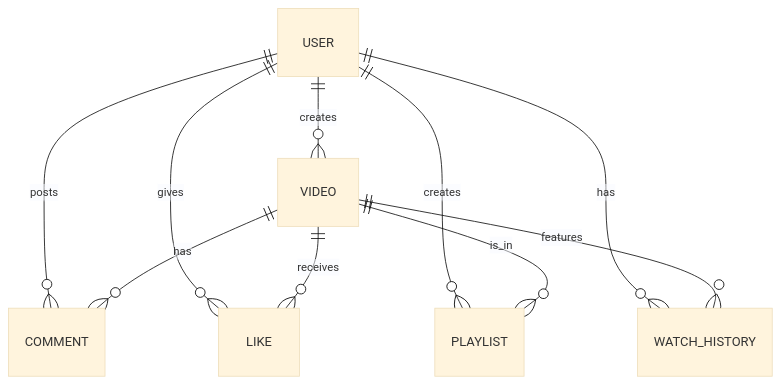
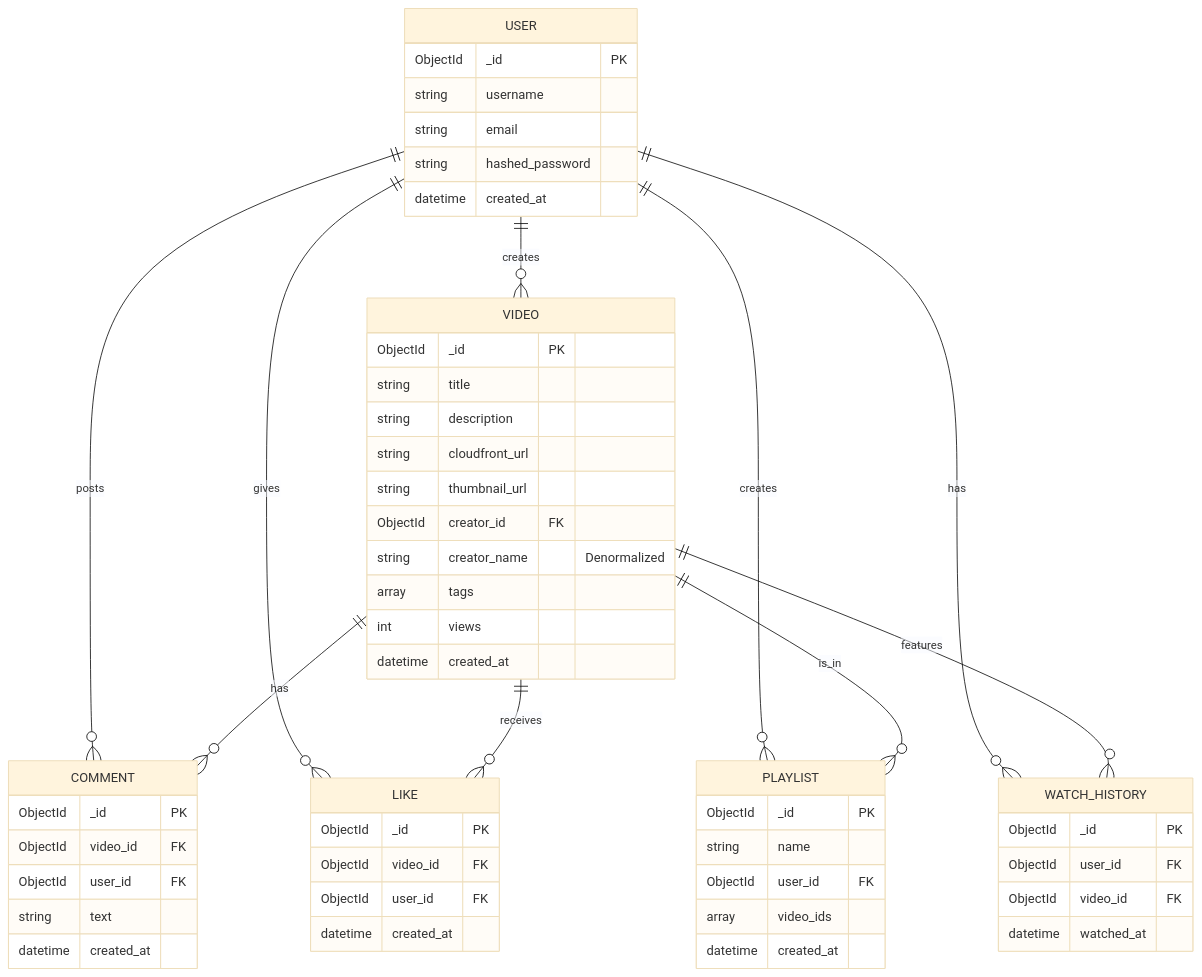
One commit to sujalwarke28/systemDesign_VideoStreaming changed the diagram in architecture/database_er.md. Above: the diagram before and after it, drawn with Mermaid (base theme). The commit also changed 14 other files, not shown here.

````diff
--- a/architecture/database_er.md
+++ b/architecture/database_er.md
@@ -1,12 +1,63 @@
 ```mermaid
 erDiagram
-    USER ||--o{ VIDEO : creates
-    USER ||--o{ COMMENT : posts
-    USER ||--o{ LIKE : gives
-    USER ||--o{ PLAYLIST : creates
-    USER ||--o{ WATCH_HISTORY : has
-    VIDEO ||--o{ COMMENT : has
-    VIDEO ||--o{ LIKE : receives
-    VIDEO ||--o{ PLAYLIST : is_in
-    VIDEO ||--o{ WATCH_HISTORY : features
+    USER {
+        ObjectId _id PK
+        string username
+        string email
+        string hashed_password
+        datetime created_at
+    }
+    
+    VIDEO {
+        ObjectId _id PK
+        string title
+        string description
+        string cloudfront_url
+        string thumbnail_url
+        ObjectId creator_id FK
+        string creator_name "Denormalized"
+        array tags
+        int views
+        datetime created_at
+    }
+    
+    COMMENT {
+        ObjectId _id PK
+        ObjectId video_id FK
+        ObjectId user_id FK
+        string text
+        datetime created_at
+    }
+    
+    LIKE {
+        ObjectId _id PK
+        ObjectId video_id FK
+        ObjectId user_id FK
+        datetime created_at
+    }
+    
+    PLAYLIST {
+        ObjectId _id PK
+        string name
+        ObjectId user_id FK
+        array video_ids
+        datetime created_at
+    }
+    
+    WATCH_HISTORY {
+        ObjectId _id PK
+        ObjectId user_id FK
+        ObjectId video_id FK
+        datetime watched_at
+    }
+
+    USER ||--o{ VIDEO : "creates"
+    USER ||--o{ COMMENT : "posts"
+    USER ||--o{ LIKE : "gives"
+    USER ||--o{ PLAYLIST : "creates"
+    USER ||--o{ WATCH_HISTORY : "has"
+    VIDEO ||--o{ COMMENT : "has"
+    VIDEO ||--o{ LIKE : "receives"
+    VIDEO ||--o{ PLAYLIST : "is_in"
+    VIDEO ||--o{ WATCH_HISTORY : "features"
 ```
````
